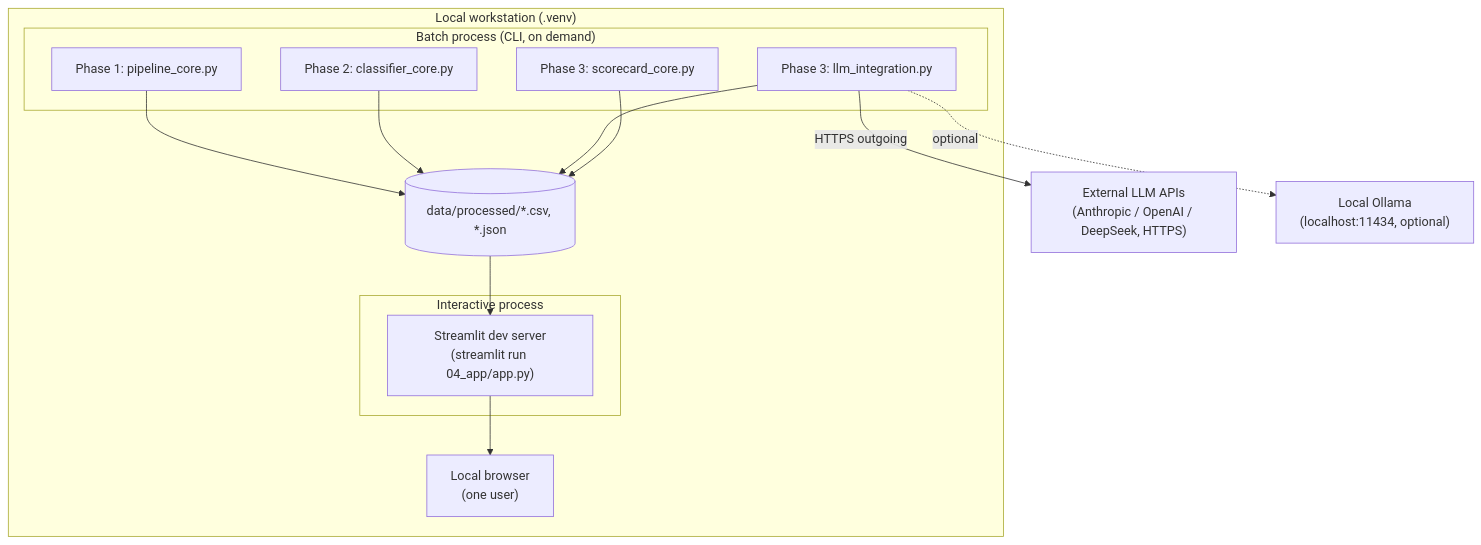
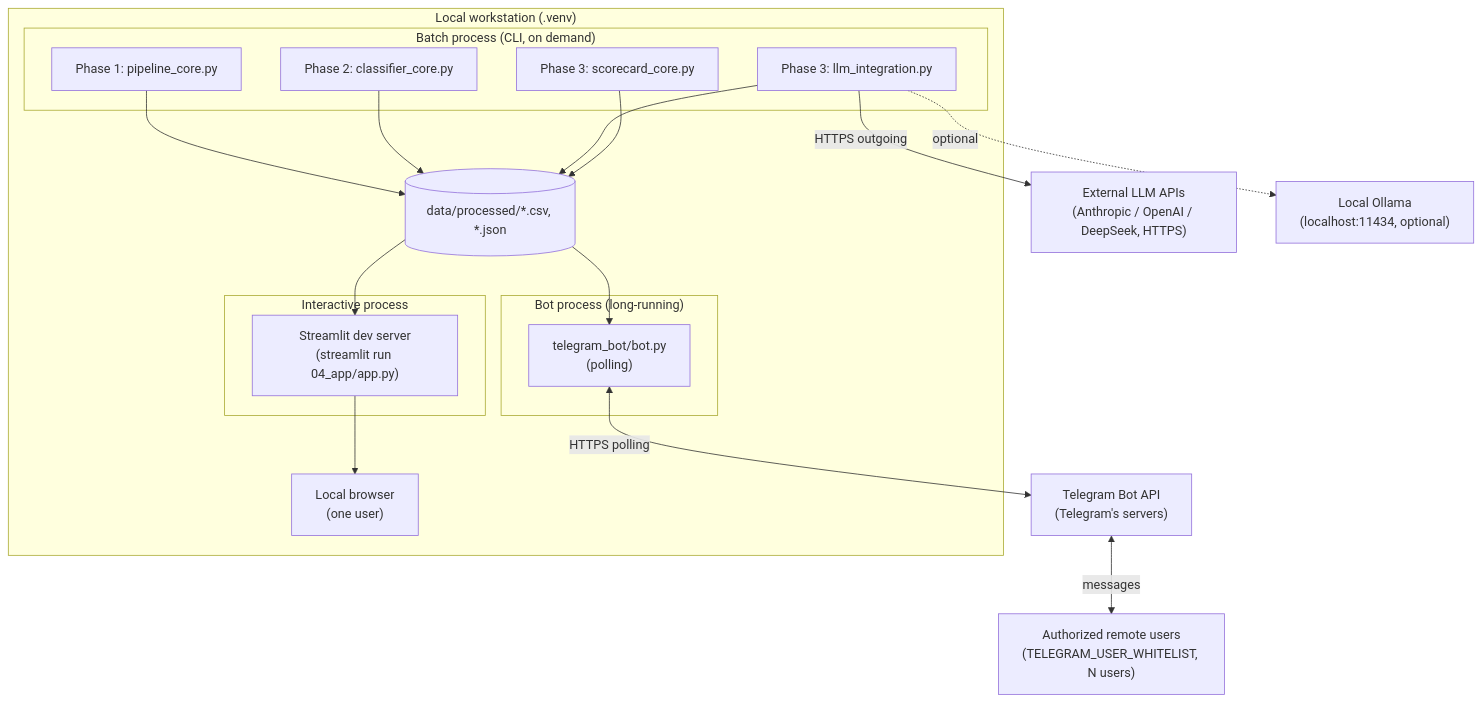
Before and after one commit to CCMarv/po-delay-analyzer: the fourth of 4 diagrams in documentation/SAD.en.md, drawn with Mermaid. The commit also changed other lines of this file and 1 other file, not shown here.

First line of the commit message:
docs(SAD): agrega el bot de Telegram a diagramas, despliegue e interfaces

````diff
--- a/documentation/SAD.en.md
+++ b/documentation/SAD.en.md
@@ -274,27 +287,35 @@
 ```mermaid
 flowchart TB
     subgraph Local["Local workstation (.venv)"]
         subgraph Batch["Batch process (CLI, on demand)"]
             F1["Phase 1: pipeline_core.py"]
             F2["Phase 2: classifier_core.py"]
             F3a["Phase 3: llm_integration.py"]
             F3b["Phase 3: scorecard_core.py"]
         end
         Disk[("data/processed/*.csv, *.json")]
         subgraph App["Interactive process"]
             St["Streamlit dev server\n(streamlit run 04_app/app.py)"]
         end
+        subgraph BotProc["Bot process (long-running)"]
+            Bot["telegram_bot/bot.py\n(polling)"]
+        end
         Browser["Local browser\n(one user)"]
     end
     Cloud["External LLM APIs\n(Anthropic / OpenAI / DeepSeek, HTTPS)"]
     Ollama["Local Ollama\n(localhost:11434, optional)"]
+    TgAPI["Telegram Bot API\n(Telegram's servers)"]
+    Users["Authorized remote users\n(TELEGRAM_USER_WHITELIST, N users)"]
 
     F1 --> Disk
     F2 --> Disk
     F3a -->|HTTPS outgoing| Cloud
     F3a -.->|optional| Ollama
     F3a --> Disk
     F3b --> Disk
     Disk --> St
     St --> Browser
+    Disk --> Bot
+    Bot <-->|HTTPS polling| TgAPI
+    TgAPI <-->|messages| Users
 ```
````
